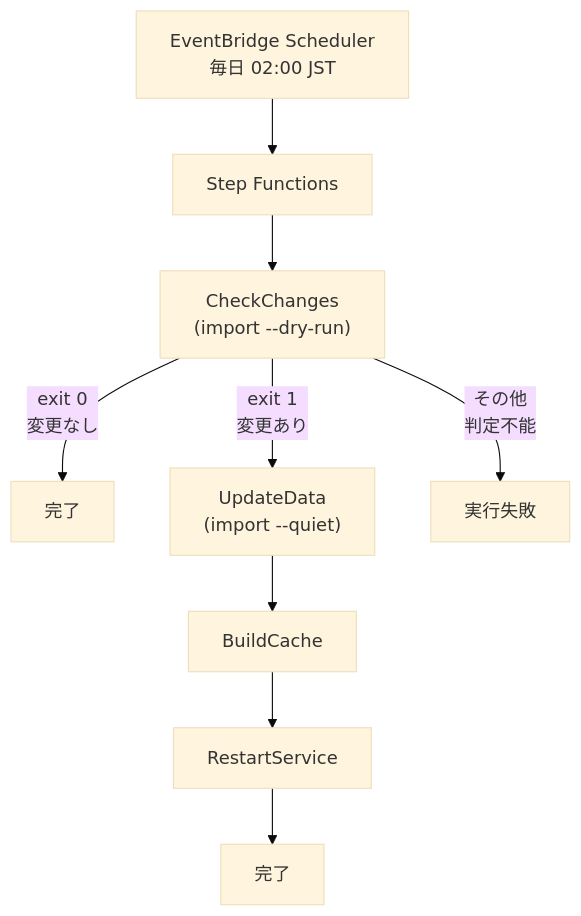
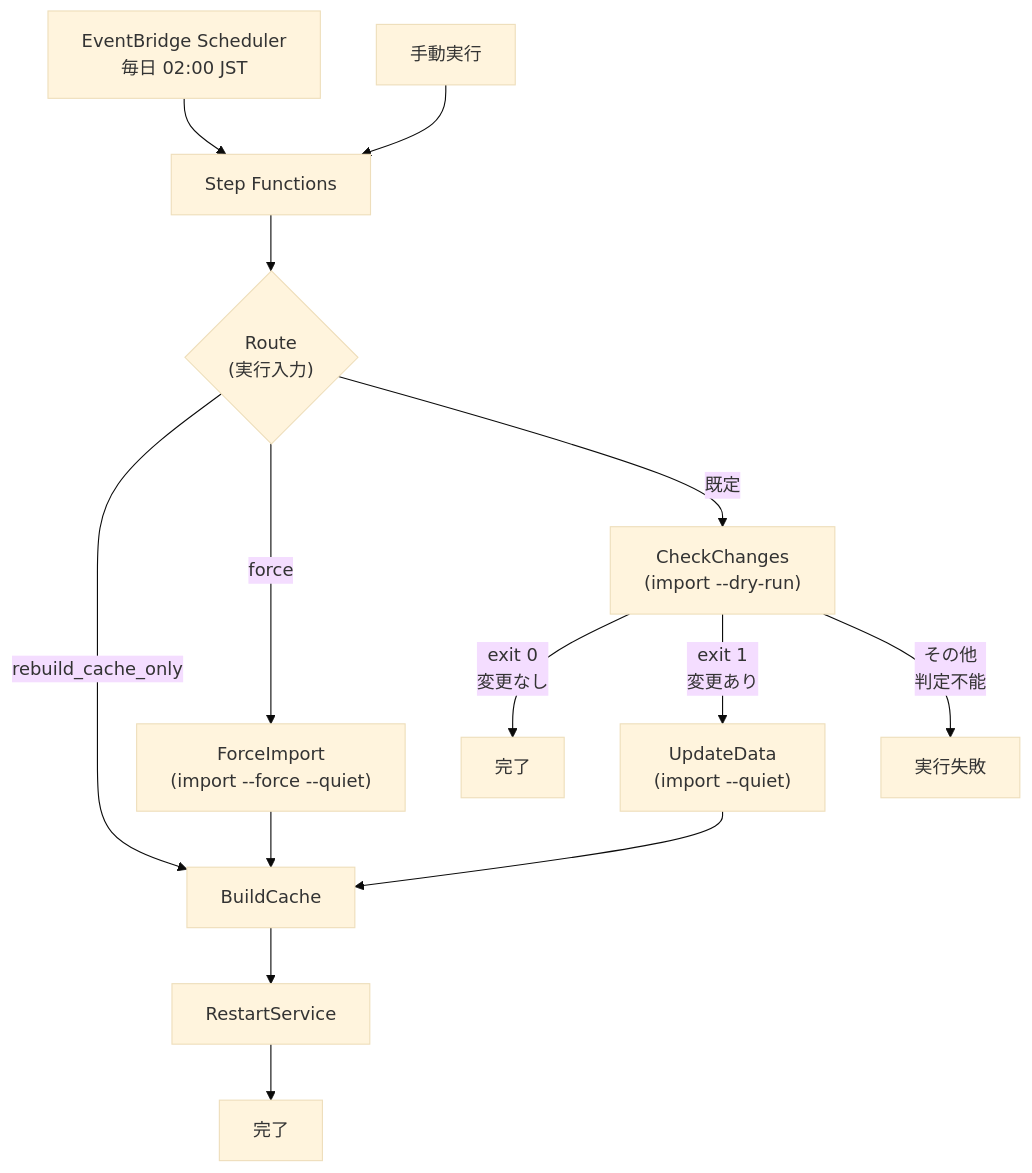
The third of 3 diagrams in docs/aws/README.md (digital-go-jp/abr-geocoder), drawn with Mermaid (base theme) before and after one commit. The commit also changed other lines of this file and 4 other files, not shown here.

````diff
--- a/docs/aws/README.md
+++ b/docs/aws/README.md
@@ -331,11 +337,16 @@
 ```mermaid
 flowchart TD
     EB["EventBridge Scheduler<br/>毎日 02:00 JST"] --> SFN["Step Functions"]
-    SFN --> CHECK["CheckChanges<br/>(import --dry-run)"]
+    MAN["手動実行"] --> SFN
+    SFN --> ROUTE{"Route<br/>(実行入力)"}
+    ROUTE -->|rebuild_cache_only| CACHE
+    ROUTE -->|force| FORCE["ForceImport<br/>(import --force --quiet)"]
+    ROUTE -->|既定| CHECK["CheckChanges<br/>(import --dry-run)"]
     CHECK -->|exit 0<br/>変更なし| END1["完了"]
     CHECK -->|exit 1<br/>変更あり| IMPORT["UpdateData<br/>(import --quiet)"]
     CHECK -->|その他<br/>判定不能| FAIL["実行失敗"]
+    FORCE --> CACHE
     IMPORT --> CACHE["BuildCache"]
     CACHE --> RESTART["RestartService"]
     RESTART --> END2["完了"]
 ```
````
